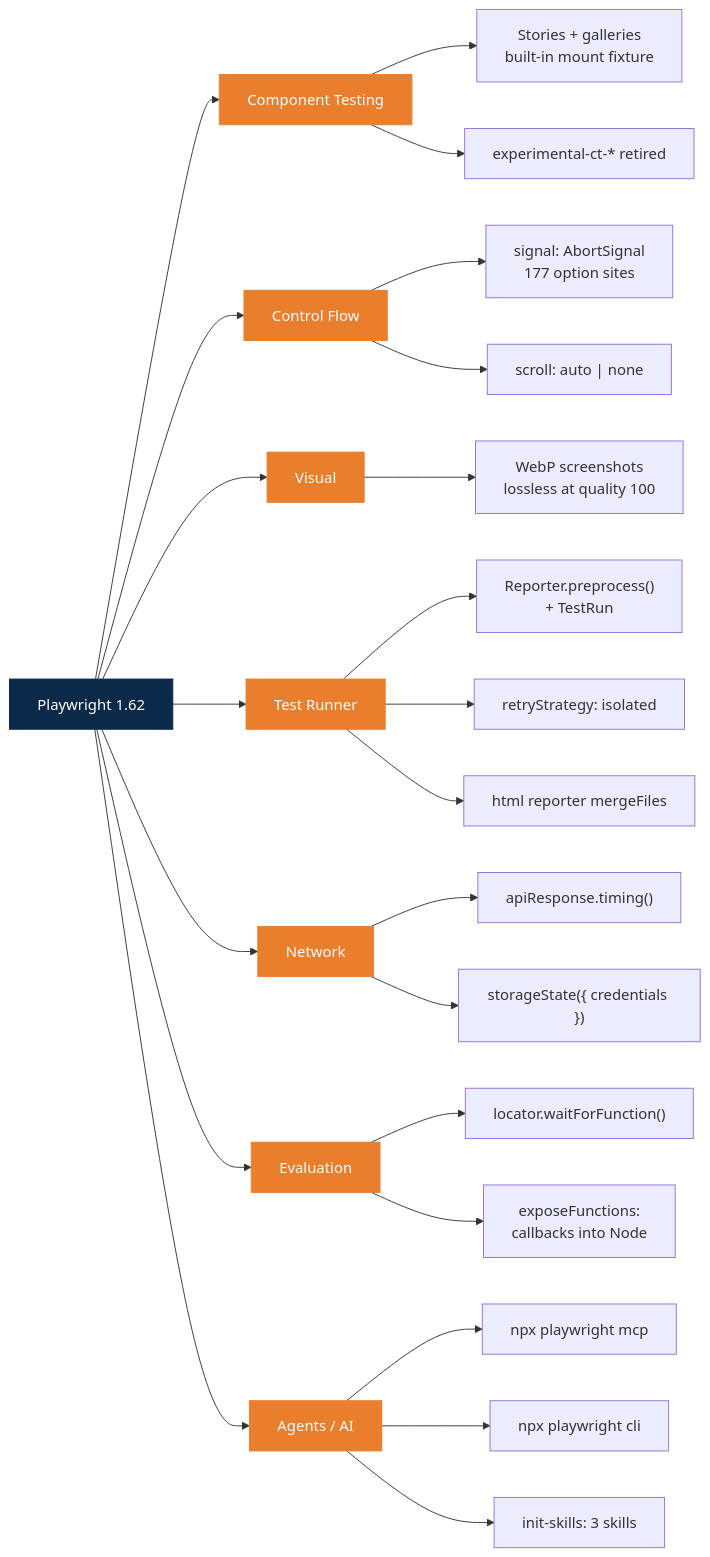
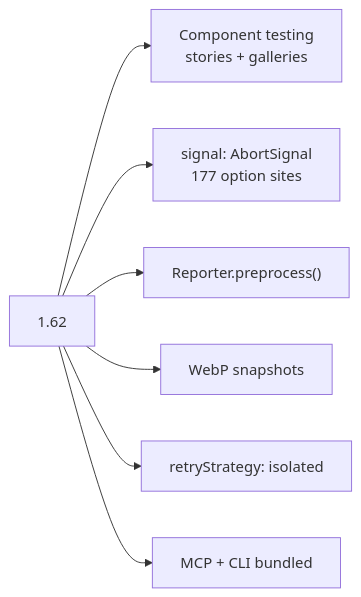
One commit to testdino-hq/playwright-releases changed the first of 4 diagrams in 1.62/readme.md. Above: the diagram before and after it, drawn with Mermaid. The commit also changed other lines of this file and 4 other files, not shown here.

````diff
--- a/1.62/readme.md
+++ b/1.62/readme.md
@@ -13,37 +91,9 @@
 ```mermaid
 flowchart LR
-    PW["Playwright 1.62"] --> CT["Component Testing"]
-    PW --> CTL["Control Flow"]
-    PW --> VIS["Visual"]
-    PW --> RUN["Test Runner"]
-    PW --> NET["Network"]
-    PW --> EVAL["Evaluation"]
-    PW --> AI["Agents / AI"]
-
-    CT --> CT1["Stories + galleries<br/>built-in mount fixture"]
-    CT --> CT2["experimental-ct-* retired"]
-
-    CTL --> CTL1["signal: AbortSignal<br/>177 option sites"]
-    CTL --> CTL2["scroll: auto | none"]
-
-    VIS --> VIS1["WebP screenshots<br/>lossless at quality 100"]
-
-    RUN --> RUN1["Reporter.preprocess()<br/>+ TestRun"]
-    RUN --> RUN2["retryStrategy: isolated"]
-    RUN --> RUN3["html reporter mergeFiles"]
-
-    NET --> NET1["apiResponse.timing()"]
-    NET --> NET2["storageState({ credentials })"]
-
-    EVAL --> EVAL1["locator.waitForFunction()"]
-    EVAL --> EVAL2["exposeFunctions:<br/>callbacks into Node"]
-
-    AI --> AI1["npx playwright mcp"]
-    AI --> AI2["npx playwright cli"]
-    AI --> AI3["init-skills: 3 skills"]
-
-    classDef hero fill:#0B2A4A,stroke:#0B2A4A,color:#fff;
-    classDef cat fill:#E97E2D,stroke:#E97E2D,color:#fff;
-    class PW hero;
-    class CT,CTL,VIS,RUN,NET,EVAL,AI cat;
+    PW["1.62"] --> A["Component testing<br/>stories + galleries"]
+    PW --> B["signal: AbortSignal<br/>177 option sites"]
+    PW --> C["Reporter.preprocess()"]
+    PW --> D["WebP snapshots"]
+    PW --> E["retryStrategy: isolated"]
+    PW --> F["MCP + CLI bundled"]
 ```
````
